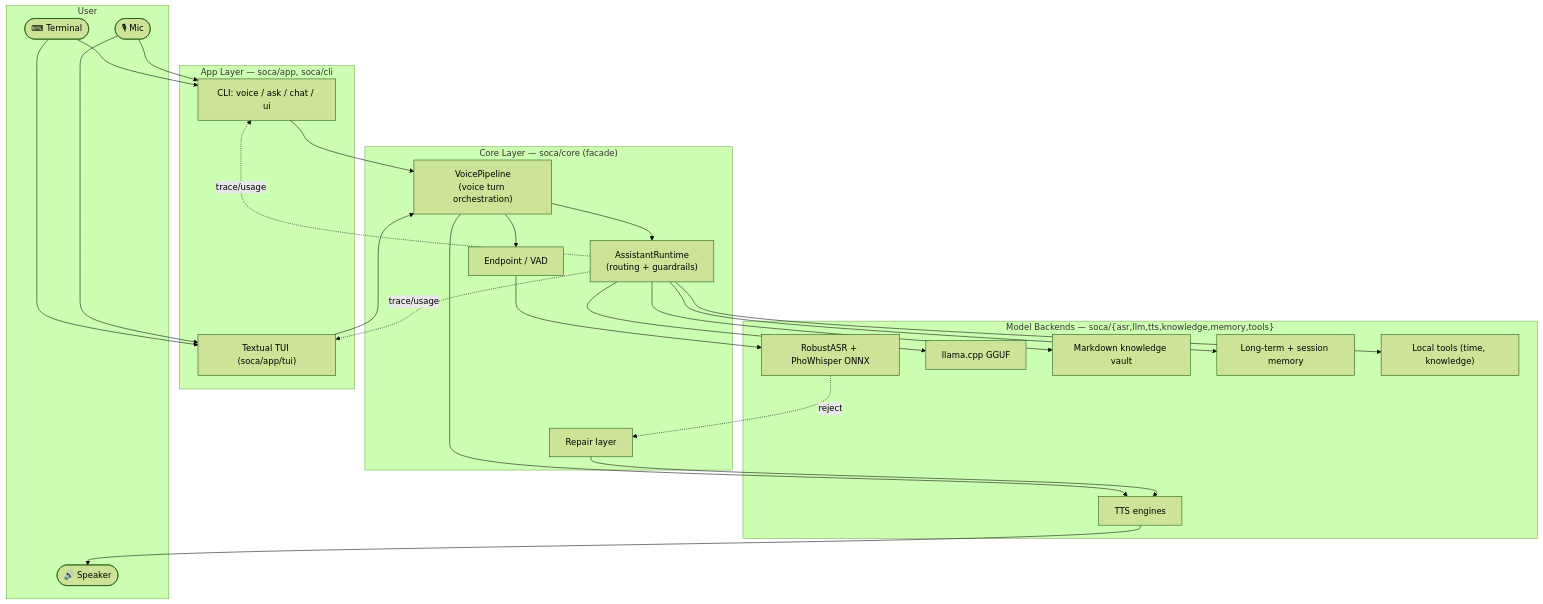
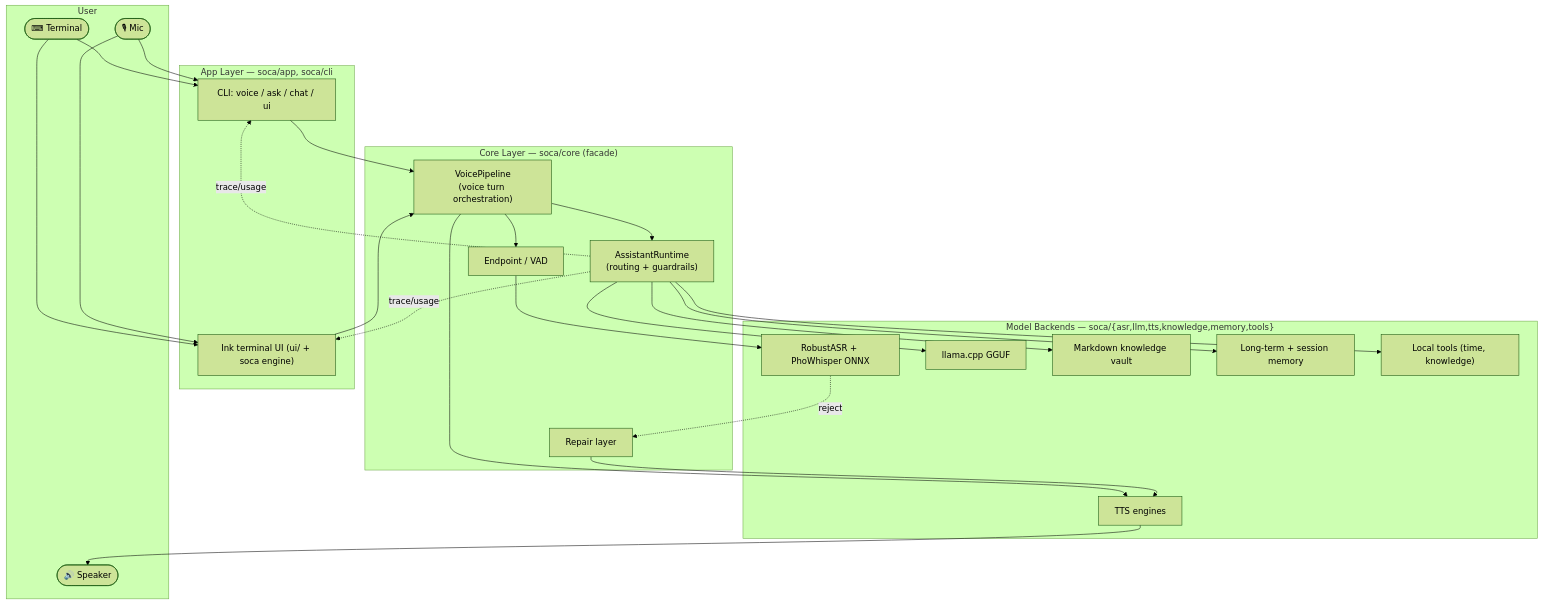
Before and after one commit to finalflash159/soca: the diagram in docs/01-overview.md, drawn with Mermaid (forest theme). The commit also changed 28 other files, not shown here.

Commit message:
refactor(ui): remove Textual TUI, Ink UI is the only cockpit

````diff
--- a/docs/01-overview.md
+++ b/docs/01-overview.md
@@ -25,39 +25,39 @@
 ```mermaid
 flowchart TB
     subgraph User["User"]
         Mic([🎙 Mic])
         Spk([🔊 Speaker])
         Term([⌨ Terminal])
     end
 
     subgraph App["App Layer — soca/app, soca/cli"]
         CLI["CLI: voice / ask / chat / ui"]
-        TUI["Textual TUI (soca/app/tui)"]
+        TUI["Ink terminal UI (ui/ + soca engine)"]
     end
 
     subgraph Core["Core Layer — soca/core (facade)"]
         VP["VoicePipeline<br/>(voice turn orchestration)"]
         AR["AssistantRuntime<br/>(routing + guardrails)"]
         REP["Repair layer"]
         EP["Endpoint / VAD"]
     end
 
     subgraph Backends["Model Backends — soca/{asr,llm,tts,knowledge,memory,tools}"]
         ASR["RobustASR + PhoWhisper ONNX"]
         LLM["llama.cpp GGUF"]
         TTS["TTS engines"]
         KN["Markdown knowledge vault"]
         MEM["Long-term + session memory"]
         TL["Local tools (time, knowledge)"]
     end
 
     Mic --> CLI & TUI
     Term --> CLI & TUI
     CLI & TUI --> VP
     VP --> EP --> ASR
     VP --> AR --> LLM
     AR --> KN & MEM & TL
     ASR -. reject .-> REP --> TTS
     VP --> TTS --> Spk
     AR -. trace/usage .-> CLI & TUI
 ```
````
